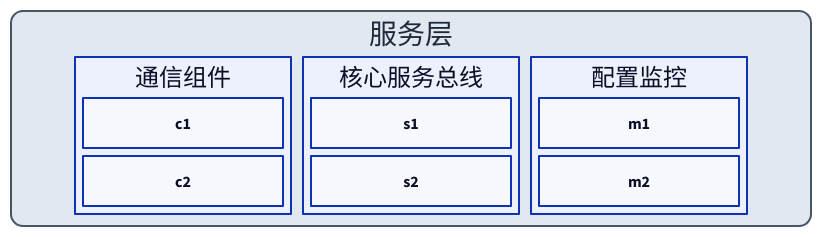
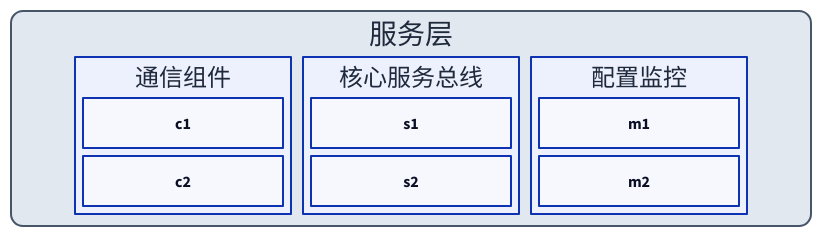
The sixth of 9 diagrams in skills/c4-container-diagram/SKILL.md (syllr/skills), drawn with D2 before and after one commit. The commit also changed other lines of this file, not shown here.

````diff
--- a/skills/c4-container-diagram/SKILL.md
+++ b/skills/c4-container-diagram/SKILL.md
@@ -573,19 +578,19 @@
 ```d2
 服务层: {
   width: 800; grid-columns: 3; grid-gap: 12   # ← 先分 3 个分区
   style.fill: "#e2e8f0"; style.font-color: "#1e293b"; style.stroke: "#475569"; style.border-radius: 12
 
-  通信组件: { grid-columns: 1; grid-gap: 8   # 分区 1：内部嵌套
+  通信组件: { grid-columns: 1; grid-gap: 8; style.font-color: "#1e293b"   # 分区 1：内部嵌套
     c1: { width: 200; height: 50; class: module }
     c2: { width: 200; height: 50; class: module }
   }
-  核心服务总线: { grid-columns: 1; grid-gap: 8  # 分区 2
+  核心服务总线: { grid-columns: 1; grid-gap: 8; style.font-color: "#1e293b"  # 分区 2
     s1: { width: 200; height: 50; class: module }
     s2: { width: 200; height: 50; class: module }
   }
-  配置监控: { grid-columns: 1; grid-gap: 8      # 分区 3
+  配置监控: { grid-columns: 1; grid-gap: 8; style.font-color: "#1e293b"      # 分区 3
     m1: { width: 200; height: 50; class: module }
     m2: { width: 200; height: 50; class: module }
   }
 }
 ```
````
